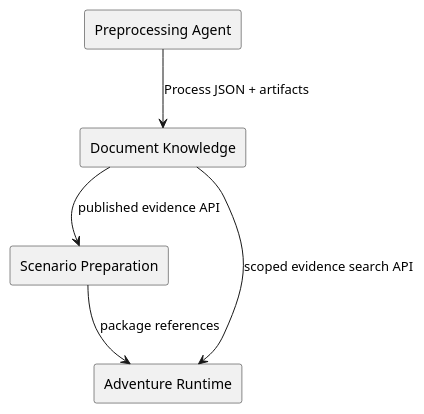
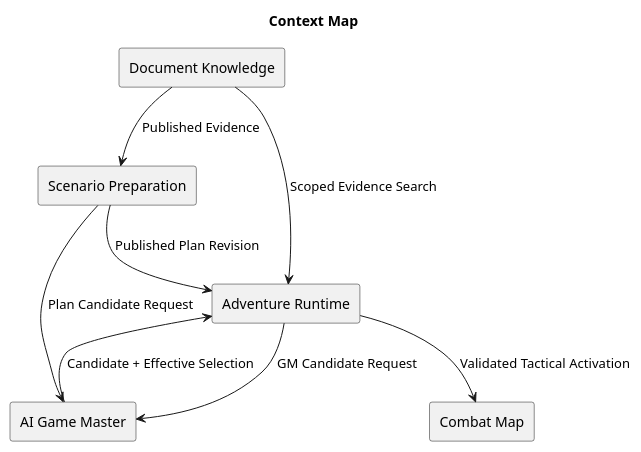
Before and after one commit to omegafrog/dnd-master: the third of 4 diagrams in docs/specs/architecture-spec.md, drawn with PlantUML. The commit also changed other lines of this file and 1 other file, not shown here.

Commit message:
docs: specify grounded combat and fail-closed GM quality

````diff
--- a/docs/specs/architecture-spec.md
+++ b/docs/specs/architecture-spec.md
@@ -69,12 +190,17 @@
 ```plantuml
 @startuml
-rectangle "Preprocessing Agent" as python
+title Context Map
 rectangle "Document Knowledge" as knowledge
 rectangle "Scenario Preparation" as scenario
 rectangle "Adventure Runtime" as runtime
-python --> knowledge : Process JSON + artifacts
-knowledge --> scenario : published evidence API
-knowledge --> runtime : scoped evidence search API
-scenario --> runtime : package references
+rectangle "AI Game Master" as ai
+rectangle "Combat Map" as map
+knowledge --> scenario : Published Evidence
+knowledge --> runtime : Scoped Evidence Search
+scenario --> runtime : Published Plan Revision
+runtime --> ai : GM Candidate Request
+ai --> runtime : Candidate + Effective Selection
+scenario --> ai : Plan Candidate Request
+runtime --> map : Validated Tactical Activation
 @enduml
 ```
````
